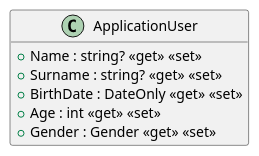
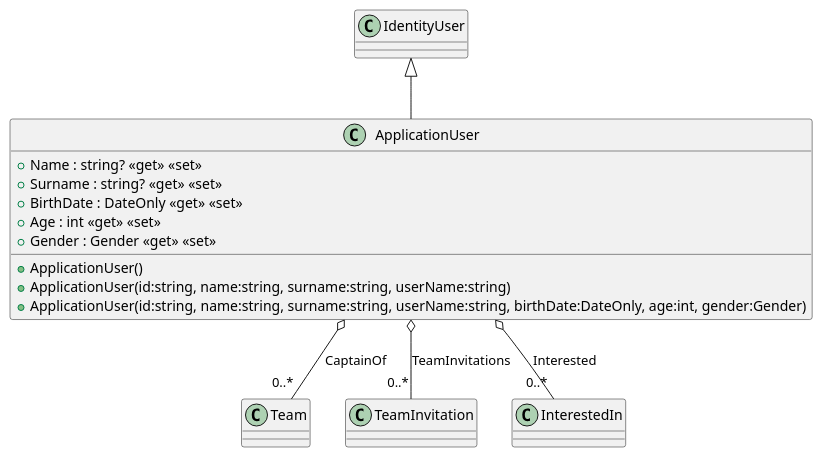
Before and after one commit to ISII2627Erasmus/Barca: the diagram in src/AppForSEII.API/ClassDiagram/ApplicationUser.puml, drawn with PlantUML. The commit also changed 20 other files, not shown here.

```diff
--- a/src/AppForSEII.API/ClassDiagram/ApplicationUser.puml
+++ b/src/AppForSEII.API/ClassDiagram/ApplicationUser.puml
@@ -1,10 +1,16 @@
 @startuml
-hide methods
 class ApplicationUser {
+    + ApplicationUser()
+    + ApplicationUser(id:string, name:string, surname:string, userName:string)
+    + ApplicationUser(id:string, name:string, surname:string, userName:string, birthDate:DateOnly, age:int, gender:Gender)
     + Name : string? <<get>> <<set>>
     + Surname : string? <<get>> <<set>>
     + BirthDate : DateOnly <<get>> <<set>>
     + Age : int <<get>> <<set>>
     + Gender : Gender <<get>> <<set>>
 }
+IdentityUser <|-- ApplicationUser
+ApplicationUser o-- "0..*" Team : "CaptainOf"
+ApplicationUser o-- "0..*" TeamInvitation : "TeamInvitations"
+ApplicationUser o-- "0..*" InterestedIn : "Interested"
 @enduml
```
